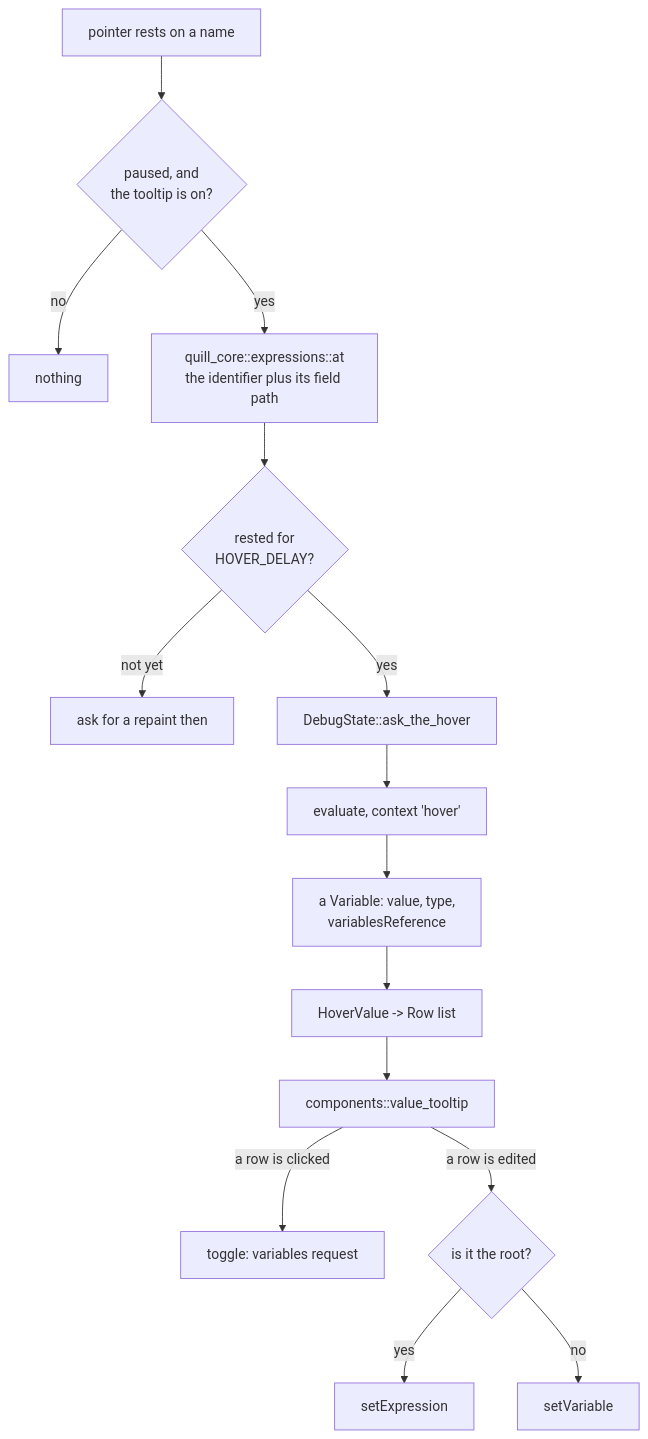
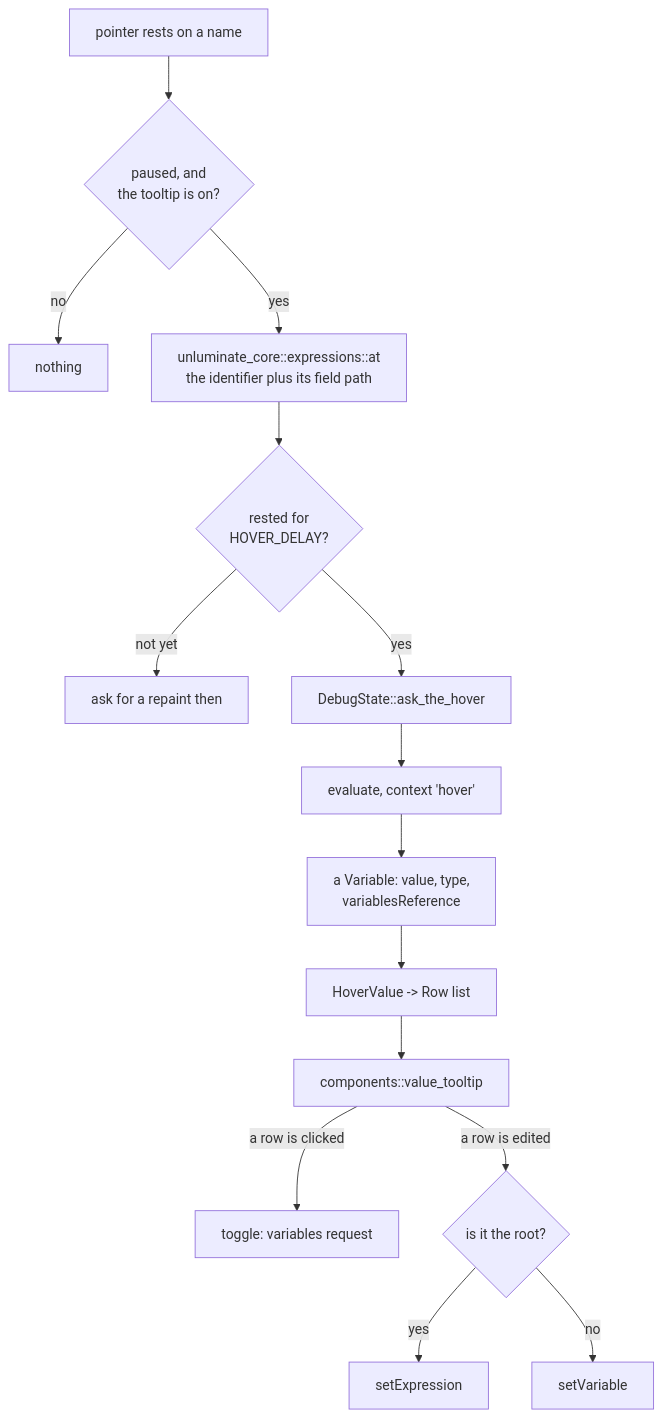
The diagram in tasks/task-1696-value-tooltip-tdd.md (Black-Rainbow-Labs/Unluminous), drawn with Mermaid before and after one commit. The commit also changed other lines of this file and 1291 other files, not shown here.

First line of the commit message:
task-1800: rename Quill to Unluminate

````diff
--- a/tasks/task-1696-value-tooltip-tdd.md
+++ b/tasks/task-1696-value-tooltip-tdd.md
@@ -70,17 +70,17 @@
 ```mermaid
 flowchart TD
     P[pointer rests on a name] --> Q{paused, and<br/>the tooltip is on?}
     Q -->|no| X[nothing]
-    Q -->|yes| E[quill_core::expressions::at<br/>the identifier plus its field path]
+    Q -->|yes| E[unluminate_core::expressions::at<br/>the identifier plus its field path]
     E --> D{rested for<br/>HOVER_DELAY?}
     D -->|not yet| W[ask for a repaint then]
     D -->|yes| A[DebugState::ask_the_hover]
     A --> V[evaluate, context 'hover']
     V --> R[a Variable: value, type,<br/>variablesReference]
     R --> T[HoverValue -> Row list]
     T --> S[components::value_tooltip]
     S -->|a row is clicked| O[toggle: variables request]
     S -->|a row is edited| M{is it the root?}
     M -->|yes| SE[setExpression]
     M -->|no| SV[setVariable]
 ```
````
